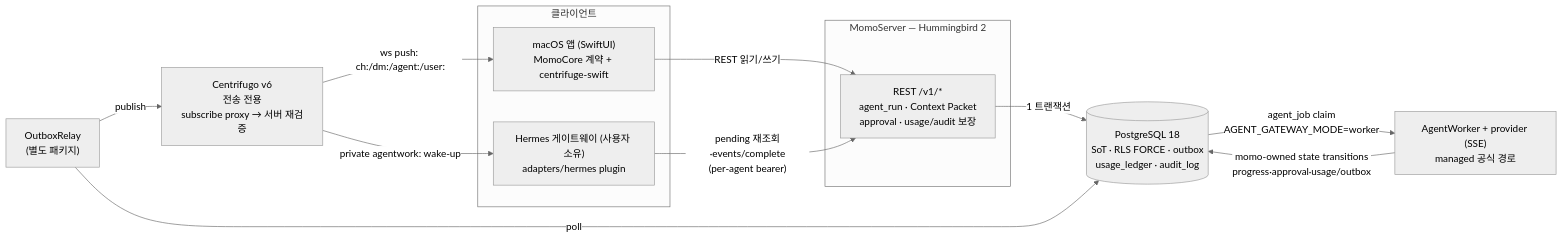
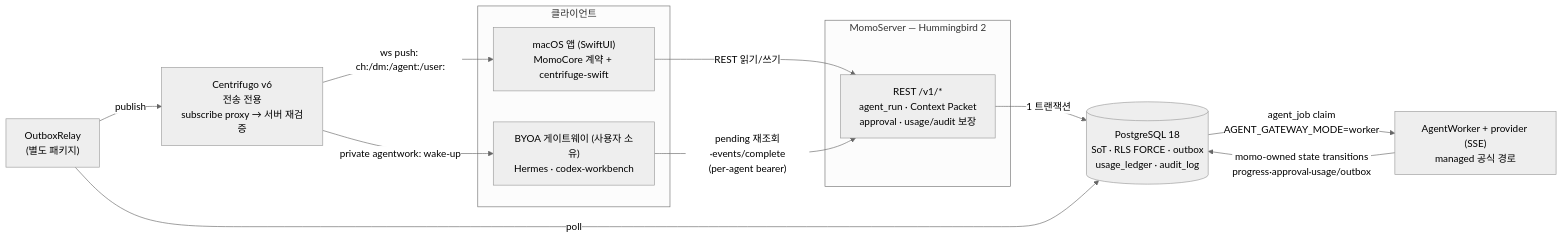
The first of 3 diagrams in docs/architecture/overview.md (yeomyeonggeori/oort), drawn with Mermaid (neutral theme) before and after one commit. The commit also changed other lines of this file and 5 other files, not shown here.

````diff
--- a/docs/architecture/overview.md
+++ b/docs/architecture/overview.md
@@ -17,24 +17,24 @@
 ```mermaid
 flowchart LR
     subgraph clients [클라이언트]
         MAC["macOS 앱 (SwiftUI)<br/>MomoCore 계약 + centrifuge-swift"]
-        HG["Hermes 게이트웨이 (사용자 소유)<br/>adapters/hermes plugin"]
+        HG["BYOA 게이트웨이 (사용자 소유)<br/>Hermes · codex-workbench"]
     end
     subgraph server [MomoServer — Hummingbird 2]
         API["REST /v1/*<br/>agent_run · Context Packet<br/>approval · usage/audit 보장"]
     end
     PG[("PostgreSQL 18<br/>SoT · RLS FORCE · outbox<br/>usage_ledger · audit_log")]
     RELAY["OutboxRelay<br/>(별도 패키지)"]
     CENT["Centrifugo v6<br/>전송 전용<br/>subscribe proxy → 서버 재검증"]
     AW["AgentWorker + provider (SSE)<br/>managed 공식 경로"]
 
     MAC -->|REST 읽기/쓰기| API
     HG -->|"pending 재조회·events/complete<br/>(per-agent bearer)"| API
     API -->|1 트랜잭션| PG
     RELAY -->|poll| PG
     RELAY -->|publish| CENT
     CENT -->|"ws push: ch:/dm:/agent:/user:"| MAC
     CENT -->|"private agentwork: wake-up"| HG
     PG -->|"agent_job claim<br/>AGENT_GATEWAY_MODE=worker"| AW
     AW -->|"momo-owned state transitions<br/>progress·approval·usage/outbox"| PG
 ```
````
